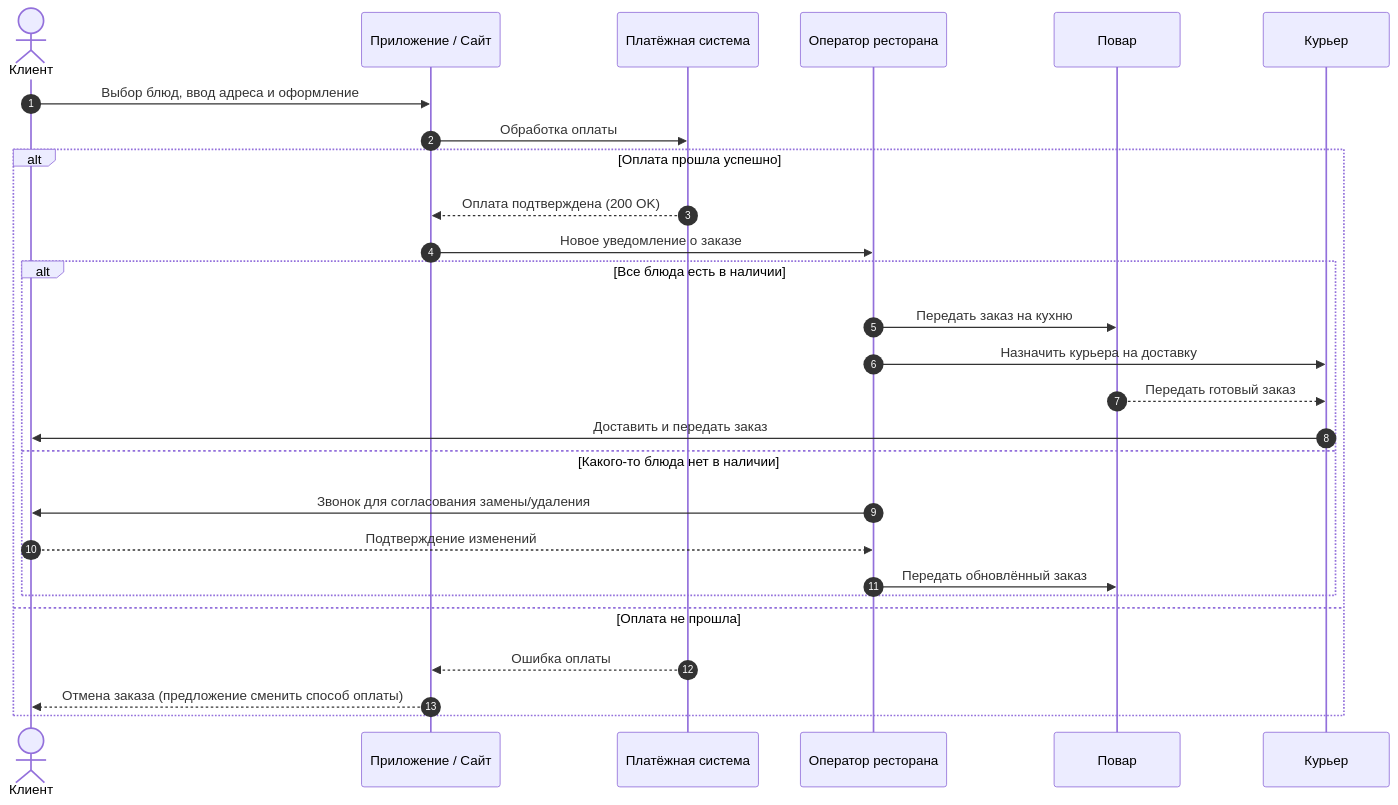
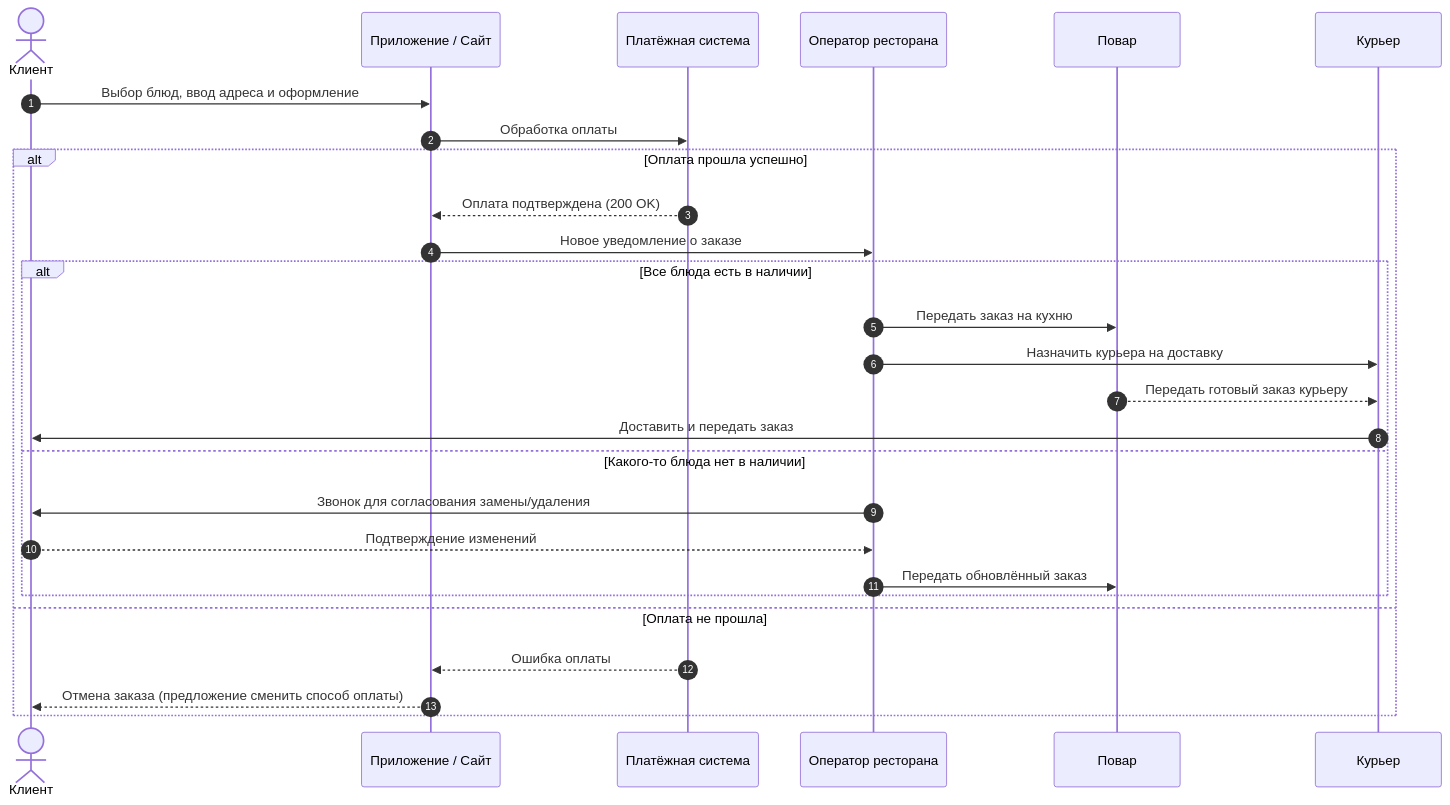
Before and after one commit to eanzgaard/visual-programming-labs-zimens: the diagram in lab1/docs/sequence.md, drawn with Mermaid. The commit also changed 1 other file, not shown here.

Commit message:
Update Mermaid diagrams: minor fixes in sequence and flowchart

````diff
--- a/lab1/docs/sequence.md
+++ b/lab1/docs/sequence.md
@@ -2,33 +2,33 @@
 ```mermaid
 sequenceDiagram
     autonumber
     actor Client as Клиент
     participant App as Приложение / Сайт
     participant Pay as Платёжная система
     participant Operator as Оператор ресторана
     participant Cook as Повар
     participant Courier as Курьер
 
     Client->>App: Выбор блюд, ввод адреса и оформление
     App->>Pay: Обработка оплаты
     
     alt Оплата прошла успешно
         Pay-->>App: Оплата подтверждена (200 OK)
         App->>Operator: Новое уведомление о заказе
         
         alt Все блюда есть в наличии
             Operator->>Cook: Передать заказ на кухню
             Operator->>Courier: Назначить курьера на доставку
-            Cook-->>Courier: Передать готовый заказ
+            Cook-->>Courier: Передать готовый заказ курьеру
             Courier->>Client: Доставить и передать заказ
         else Какого-то блюда нет в наличии
             Operator->>Client: Звонок для согласования замены/удаления
             Client-->>Operator: Подтверждение изменений
             Operator->>Cook: Передать обновлённый заказ
         end
 
     else Оплата не прошла
         Pay-->>App: Ошибка оплаты
         App-->>Client: Отмена заказа (предложение сменить способ оплаты)
     end
 ```
````
